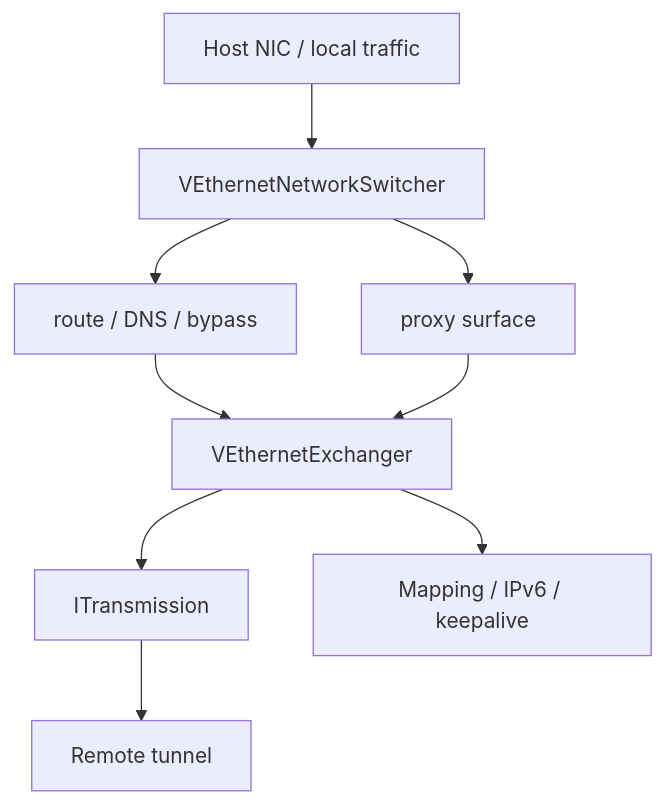
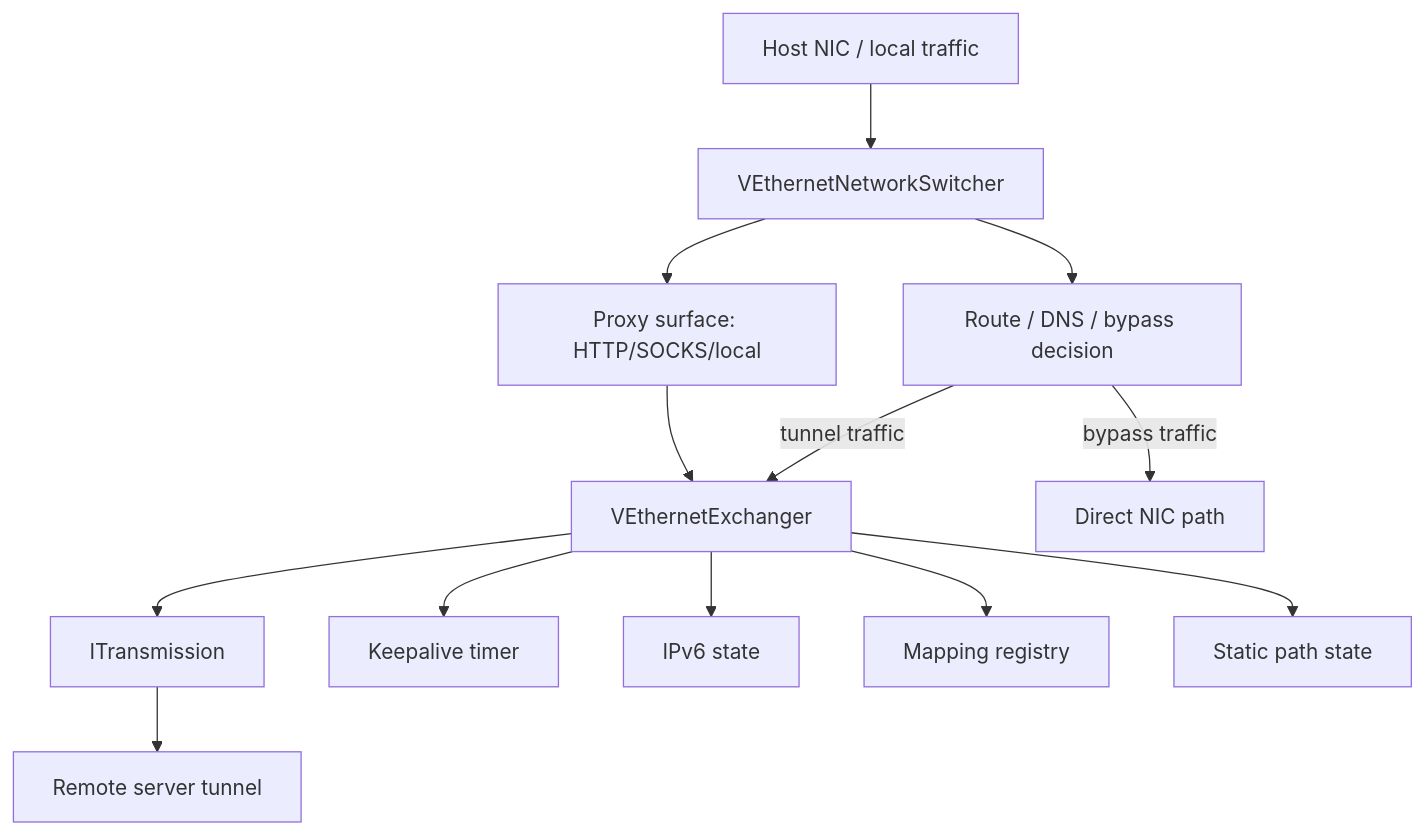
One commit to HyacinthHaru/openppp2 changed the second of 8 diagrams in docs/CLIENT_ARCHITECTURE.md. Above: the diagram before and after it, drawn with Mermaid. The commit also changed other lines of this file and 93 other files, not shown here.

````diff
--- a/docs/CLIENT_ARCHITECTURE.md
+++ b/docs/CLIENT_ARCHITECTURE.md
@@ -30,11 +54,15 @@
 ```mermaid
 flowchart TD
     A[Host NIC / local traffic] --> B[VEthernetNetworkSwitcher]
-    B --> C[route / DNS / bypass]
-    B --> D[proxy surface]
-    C --> E[VEthernetExchanger]
+    B --> C[Route / DNS / bypass decision]
+    B --> D[Proxy surface: HTTP/SOCKS/local]
+    C -->|tunnel traffic| E[VEthernetExchanger]
+    C -->|bypass traffic| F[Direct NIC path]
     D --> E
-    E --> F[ITransmission]
-    F --> G[Remote tunnel]
-    E --> H[Mapping / IPv6 / keepalive]
+    E --> G[ITransmission]
+    G --> H[Remote server tunnel]
+    E --> I[Keepalive timer]
+    E --> J[IPv6 state]
+    E --> K[Mapping registry]
+    E --> L[Static path state]
 ```
````
